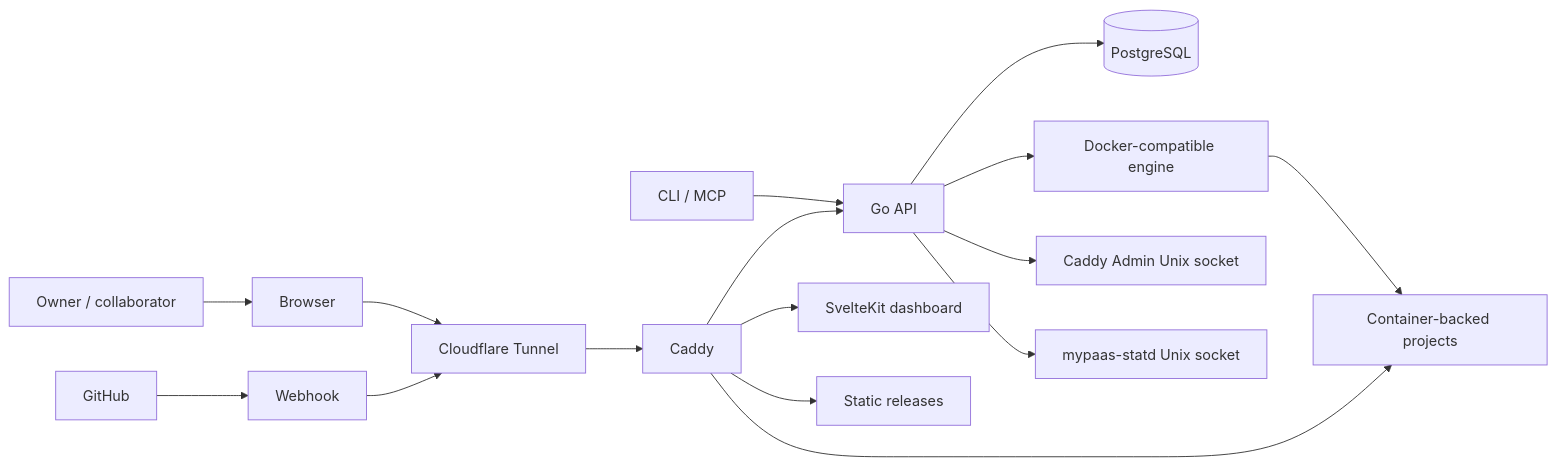
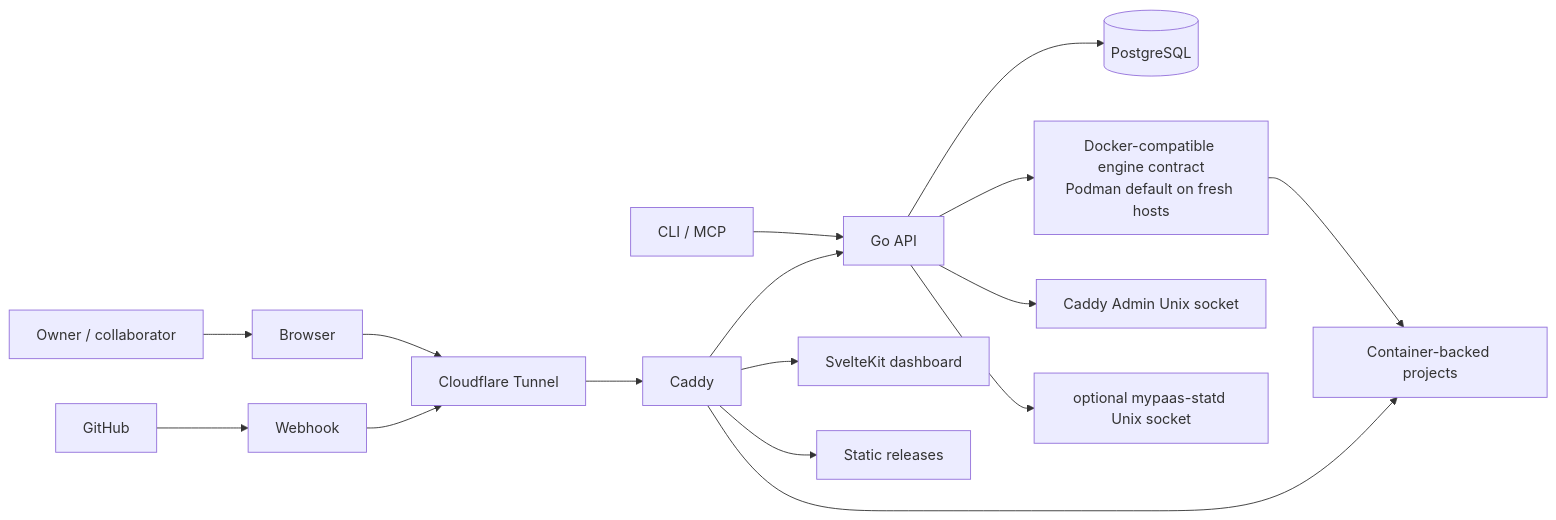
One commit to howlil/MyPaas changed the first of 6 diagrams in docs/architecture/overview.md. Above: the diagram before and after it, drawn with Mermaid. The commit also changed other lines of this file, not shown here.

Commit message:
docs: clarify engine portability and default runtime

````diff
--- a/docs/architecture/overview.md
+++ b/docs/architecture/overview.md
@@ -14,21 +14,21 @@
 ```mermaid
 flowchart LR
     Operator["Owner / collaborator"] --> Browser["Browser"]
     GitHub["GitHub"] --> Webhook["Webhook"]
     Automation["CLI / MCP"] --> API["Go API"]
 
     Browser --> Edge["Cloudflare Tunnel"]
     Webhook --> Edge
     Edge --> Caddy["Caddy"]
     Caddy --> Dashboard["SvelteKit dashboard"]
     Caddy --> API
 
     API --> DB[("PostgreSQL")]
-    API --> Engine["Docker-compatible engine"]
+    API --> Engine["Docker-compatible engine contract\nPodman default on fresh hosts"]
     API --> CaddyAdmin["Caddy Admin Unix socket"]
-    API --> Statd["mypaas-statd Unix socket"]
+    API --> Statd["optional mypaas-statd Unix socket"]
 
     Engine --> Apps["Container-backed projects"]
     Caddy --> Apps
     Caddy --> Static["Static releases"]
 ```
````
